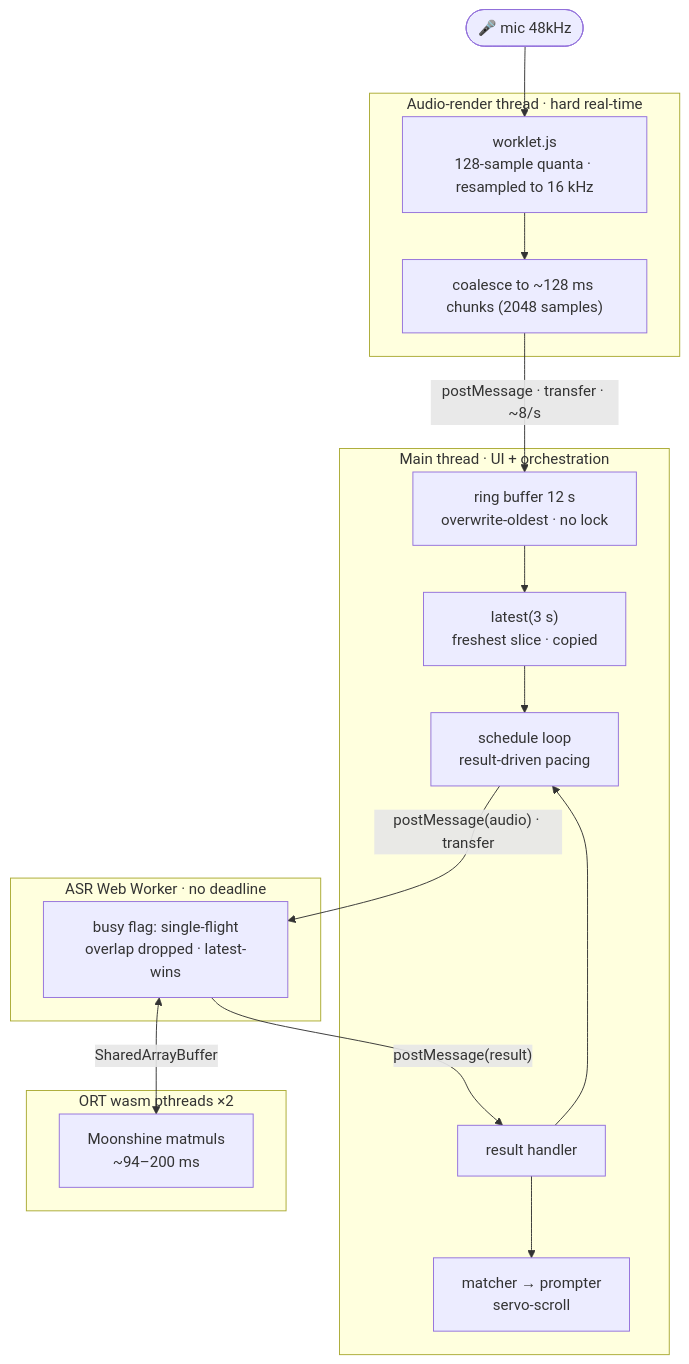
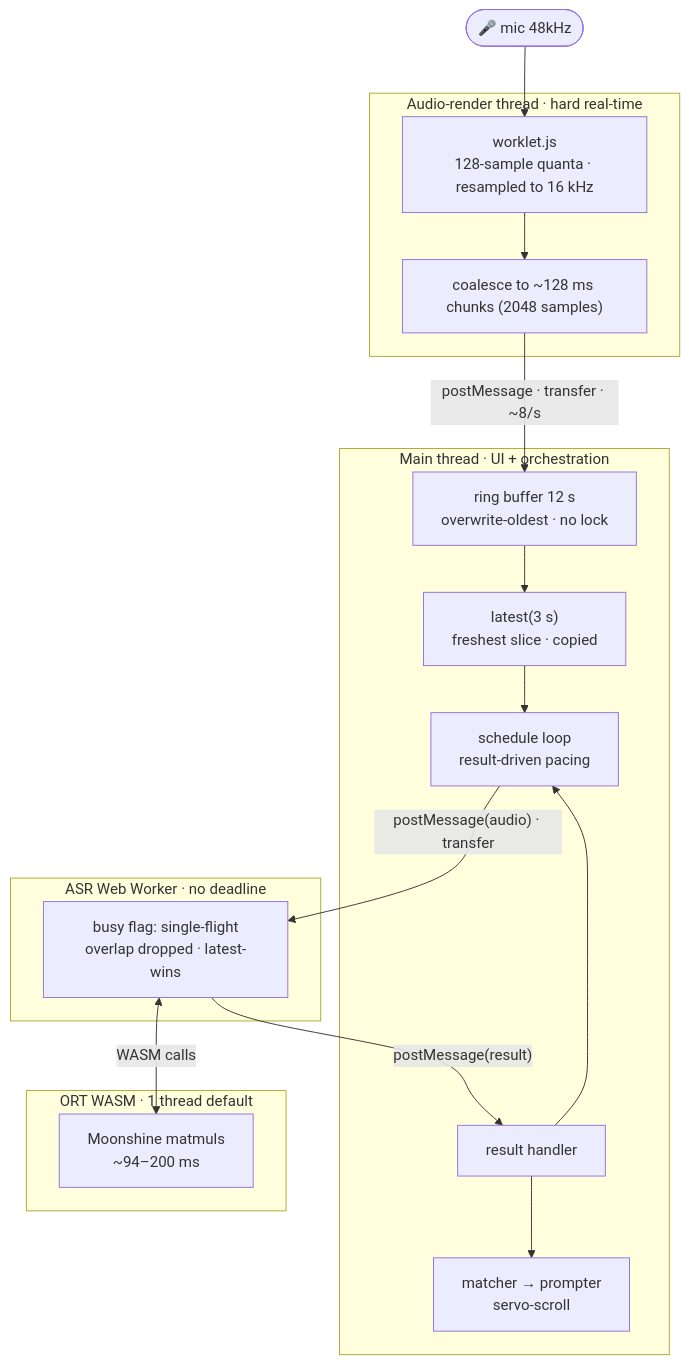
The diagram in README.md (erkde/cue), drawn with Mermaid before and after one commit. The commit also changed 2 other files, not shown here.

Commit message:
Stabilize ORT initialization with a single WASM thread
Default ONNX Runtime to its reliable single-threaded WASM path after the
two-thread JSEP backend crashed during initialization in production Chrome.
Retain the threads query parameter for explicitly testing newer runtimes.

Forward unhandled worker rejections to the application and close the model
loader when ASR reports an error, preventing failures from leaving Cue stuck
behind the loading overlay. Update the architecture diagram to reflect the
single-threaded runtime.

````diff
--- a/README.md
+++ b/README.md
@@ -46,35 +46,35 @@
 ```mermaid
 flowchart TB
     mic([🎤 mic 48kHz])
 
     subgraph audio["Audio-render thread · hard real-time"]
         wl["worklet.js<br/>128-sample quanta · resampled to 16 kHz"]
         batch["coalesce to ~128 ms chunks (2048 samples)"]
         wl --> batch
     end
 
     subgraph main["Main thread · UI + orchestration"]
         ring["ring buffer 12 s<br/>overwrite-oldest · no lock"]
         latest["latest(3 s)<br/>freshest slice · copied"]
         loop["schedule loop<br/>result-driven pacing"]
         result["result handler"]
         scroll["matcher → prompter<br/>servo-scroll"]
         ring --> latest --> loop
         result --> scroll
         result --> loop
     end
 
     subgraph worker["ASR Web Worker · no deadline"]
         busy["busy flag: single-flight<br/>overlap dropped · latest-wins"]
     end
 
-    subgraph ort["ORT wasm pthreads ×2"]
+    subgraph ort["ORT WASM · 1 thread default"]
         compute["Moonshine matmuls<br/>~94–200 ms"]
     end
 
     mic --> wl
     batch -->|"postMessage · transfer · ~8/s"| ring
     loop -->|"postMessage(audio) · transfer"| busy
-    busy <-->|"SharedArrayBuffer"| compute
+    busy <-->|"WASM calls"| compute
     busy -->|"postMessage(result)"| result
 ```
````
